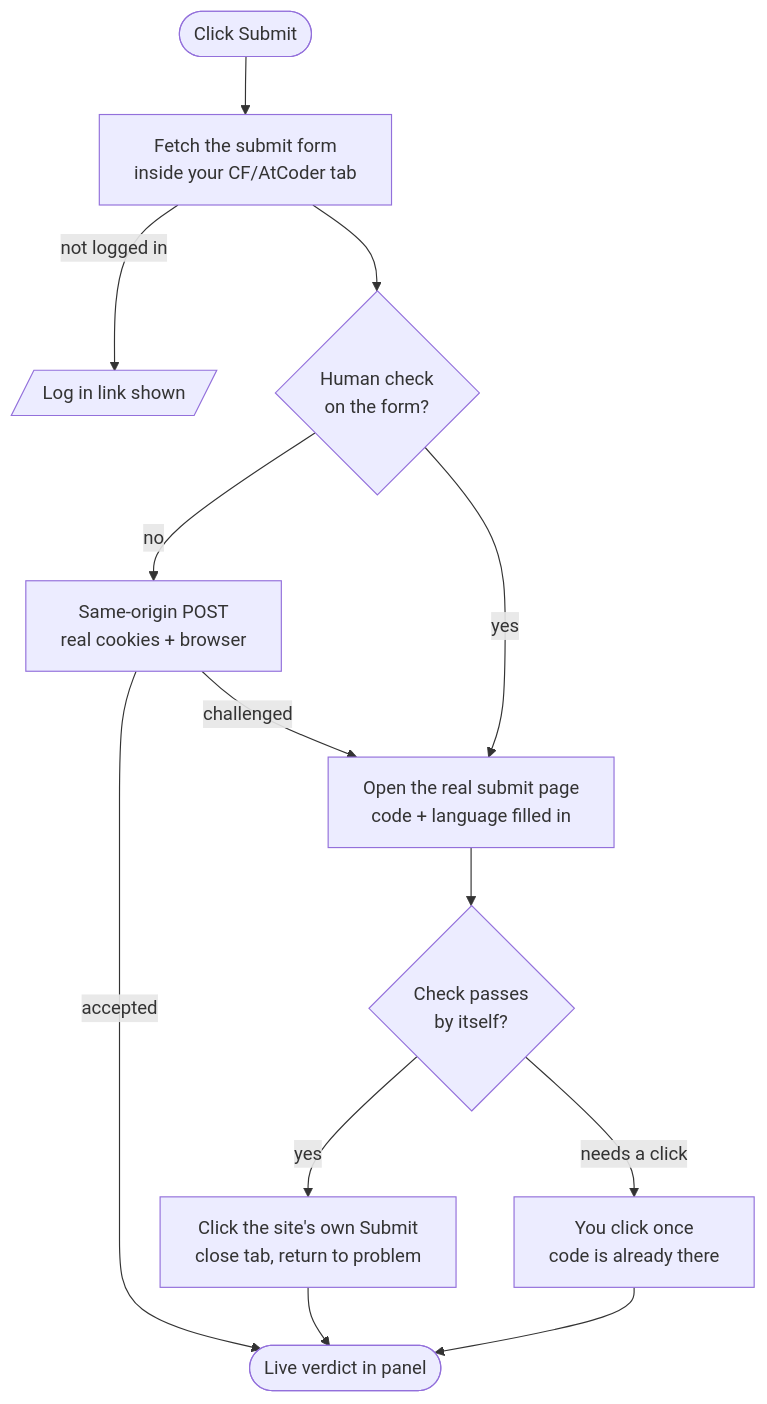
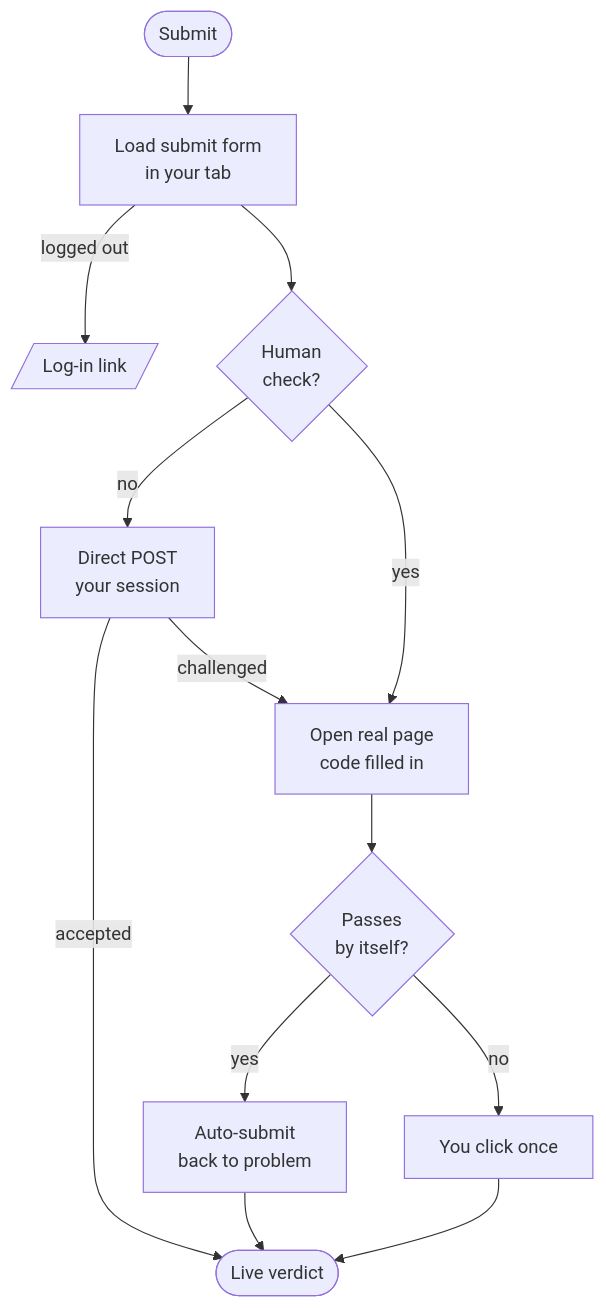
The diagram in README.md (ionik0/cp-Submit), drawn with Mermaid before and after one commit. The commit also changed 6 other files, not shown here.

Commit message:
Red and white logo; shorter flowchart labels so they fit their boxes

````diff
--- a/README.md
+++ b/README.md
@@ -151,15 +151,15 @@
 ```mermaid
 flowchart TD
-    A([Click Submit]) --> B[Fetch the submit form<br/>inside your CF/AtCoder tab]
-    B -->|not logged in| L[/Log in link shown/]
-    B --> C{Human check<br/>on the form?}
-    C -- no --> D[Same-origin POST<br/>real cookies + browser]
-    D -->|accepted| V([Live verdict in panel])
+    A([Submit]) --> B[Load submit form<br/>in your tab]
+    B -->|logged out| L[/Log-in link/]
+    B --> C{Human<br/>check?}
+    C -->|no| D[Direct POST<br/>your session]
+    D -->|accepted| V([Live verdict])
     D -->|challenged| E
-    C -- yes --> E[Open the real submit page<br/>code + language filled in]
-    E --> F{Check passes<br/>by itself?}
-    F -- yes --> G[Click the site's own Submit<br/>close tab, return to problem]
+    C -->|yes| E[Open real page<br/>code filled in]
+    E --> F{Passes<br/>by itself?}
+    F -->|yes| G[Auto-submit<br/>back to problem]
     G --> V
-    F -- needs a click --> H[You click once<br/>code is already there]
+    F -->|no| H[You click once]
     H --> V
 ```
````
